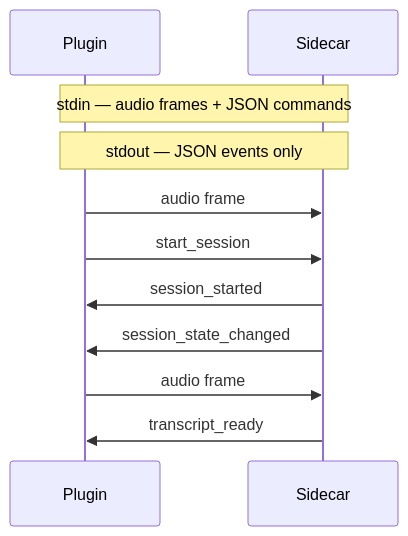
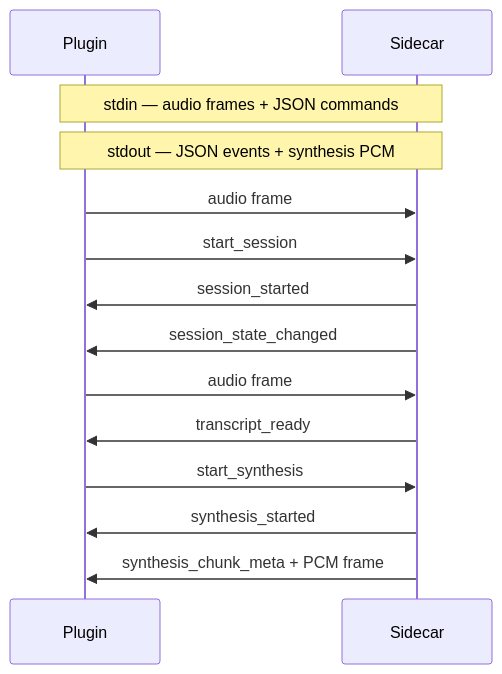
One commit to brittain9/local-dictation-obsidian-plugin changed the third of 6 diagrams in docs/system-architecture.md. Above: the diagram before and after it, drawn with Mermaid. The commit also changed other lines of this file and 4 other files, not shown here.

Commit message:
docs(tts): document architecture and acceptance policy

````diff
--- a/docs/system-architecture.md
+++ b/docs/system-architecture.md
@@ -89,15 +94,18 @@
 ```mermaid
 sequenceDiagram
     participant P as Plugin
     participant S as Sidecar
 
     Note over P,S: stdin — audio frames + JSON commands
-    Note over P,S: stdout — JSON events only
+    Note over P,S: stdout — JSON events + synthesis PCM
 
     P->>S: audio frame
     P->>S: start_session
     S->>P: session_started
     S->>P: session_state_changed
     P->>S: audio frame
     S->>P: transcript_ready
+    P->>S: start_synthesis
+    S->>P: synthesis_started
+    S->>P: synthesis_chunk_meta + PCM frame
 ```
````
